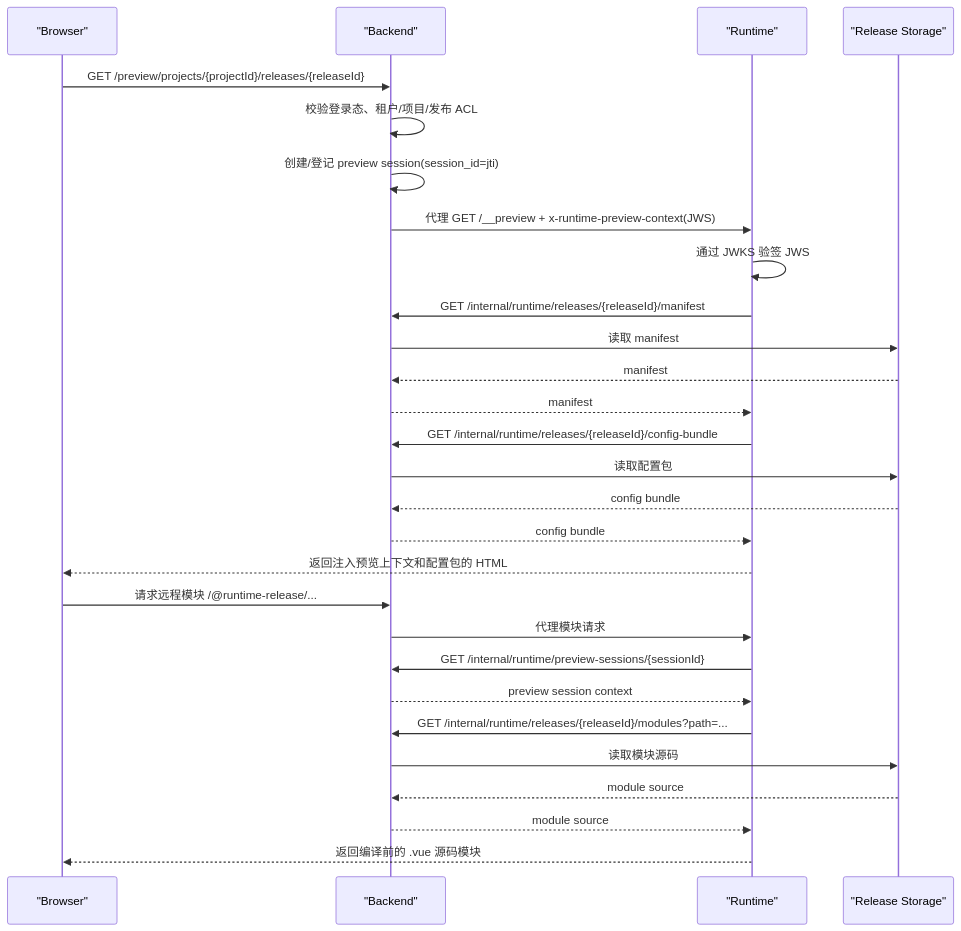
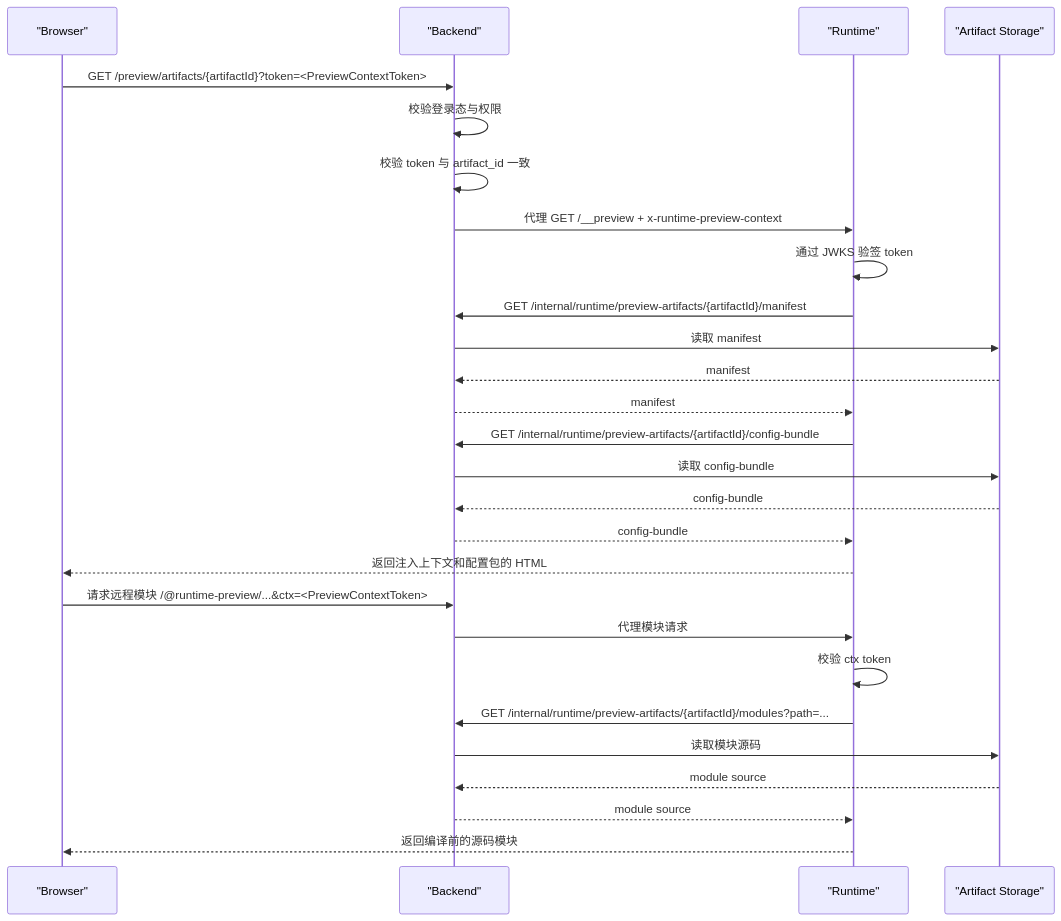
Before and after one commit to LLMxPM/web-runtime-vue: the diagram in docs/integration/runtime-architecture.md, drawn with Mermaid. The commit also changed other lines of this file and 28 other files, not shown here.

````diff
--- a/docs/integration/runtime-architecture.md
+++ b/docs/integration/runtime-architecture.md
@@ -38,31 +38,30 @@
 ```mermaid
 sequenceDiagram
     participant U as "Browser"
     participant B as "Backend"
     participant R as "Runtime"
-    participant S as "Release Storage"
+    participant S as "Artifact Storage"
 
-    U->>B: GET /preview/projects/{projectId}/releases/{releaseId}
-    B->>B: 校验登录态、租户/项目/发布 ACL
-    B->>B: 创建/登记 preview session(session_id=jti)
-    B->>R: 代理 GET /__preview + x-runtime-preview-context(JWS)
-    R->>R: 通过 JWKS 验签 JWS
-    R->>B: GET /internal/runtime/releases/{releaseId}/manifest
+    U->>B: GET /preview/artifacts/{artifactId}?token=<PreviewContextToken>
+    B->>B: 校验登录态与权限
+    B->>B: 校验 token 与 artifact_id 一致
+    B->>R: 代理 GET /__preview + x-runtime-preview-context
+    R->>R: 通过 JWKS 验签 token
+    R->>B: GET /internal/runtime/preview-artifacts/{artifactId}/manifest
     B->>S: 读取 manifest
     S-->>B: manifest
     B-->>R: manifest
-    R->>B: GET /internal/runtime/releases/{releaseId}/config-bundle
-    B->>S: 读取配置包
-    S-->>B: config bundle
-    B-->>R: config bundle
-    R-->>U: 返回注入预览上下文和配置包的 HTML
-    U->>B: 请求远程模块 /@runtime-release/...
+    R->>B: GET /internal/runtime/preview-artifacts/{artifactId}/config-bundle
+    B->>S: 读取 config-bundle
+    S-->>B: config-bundle
+    B-->>R: config-bundle
+    R-->>U: 返回注入上下文和配置包的 HTML
+    U->>B: 请求远程模块 /@runtime-preview/...&ctx=<PreviewContextToken>
     B->>R: 代理模块请求
-    R->>B: GET /internal/runtime/preview-sessions/{sessionId}
-    B-->>R: preview session context
-    R->>B: GET /internal/runtime/releases/{releaseId}/modules?path=...
+    R->>R: 校验 ctx token
+    R->>B: GET /internal/runtime/preview-artifacts/{artifactId}/modules?path=...
     B->>S: 读取模块源码
     S-->>B: module source
     B-->>R: module source
-    R-->>U: 返回编译前的 .vue 源码模块
+    R-->>U: 返回编译前的源码模块
 ```
````
